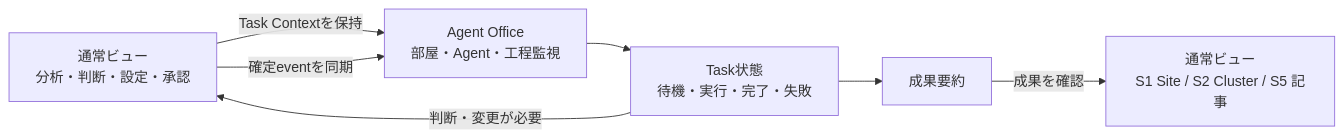
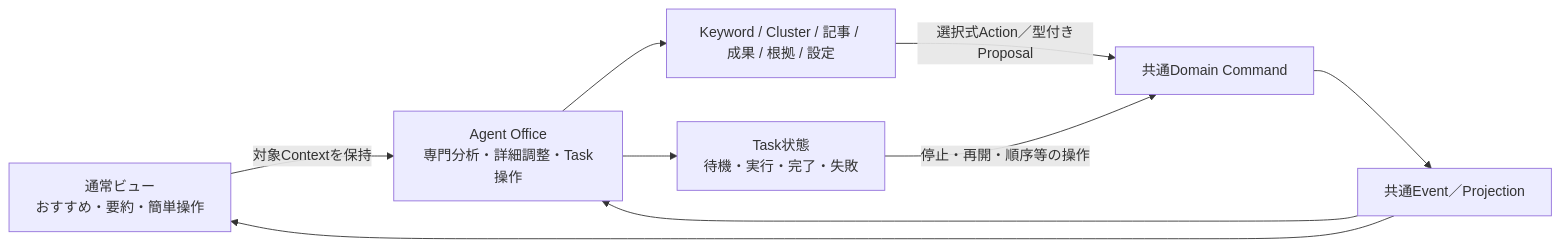
One commit to unison-ai-product/AI-Office-de-SEO changed the seventh of 13 diagrams in docs/design/ai-office-de-seo/L3-ui-prototype/ai-office-de-seo-screen-flow_v3.7.md. Above: the diagram before and after it, drawn with Mermaid. The commit also changed other lines of this file and 4 other files, not shown here.

Commit message:
Align Office expert analysis flow

````diff
--- a/docs/design/ai-office-de-seo/L3-ui-prototype/ai-office-de-seo-screen-flow_v3.7.md
+++ b/docs/design/ai-office-de-seo/L3-ui-prototype/ai-office-de-seo-screen-flow_v3.7.md
@@ -152,9 +152,11 @@
 ```mermaid
 flowchart LR
-  N[通常ビュー\n分析・判断・設定・承認] -->|Task Contextを保持| O[Agent Office\n部屋・Agent・工程監視]
+  N[通常ビュー\nおすすめ・要約・簡単操作] -->|対象Contextを保持| O[Agent Office\n専門分析・詳細調整・Task操作]
+  O --> X[Keyword / Cluster / 記事 / 成果 / 根拠 / 設定]
   O --> T[Task状態\n待機・実行・完了・失敗]
-  T --> R[成果要約]
-  R -->|成果を確認| D[通常ビュー\nS1 Site / S2 Cluster / S5 記事]
-  T -->|判断・変更が必要| N
-  N -->|確定eventを同期| O
+  X -->|選択式Action／型付きProposal| C[共通Domain Command]
+  T -->|停止・再開・順序等の操作| C
+  C --> E[共通Event／Projection]
+  E --> N
+  E --> O
 ```
````
